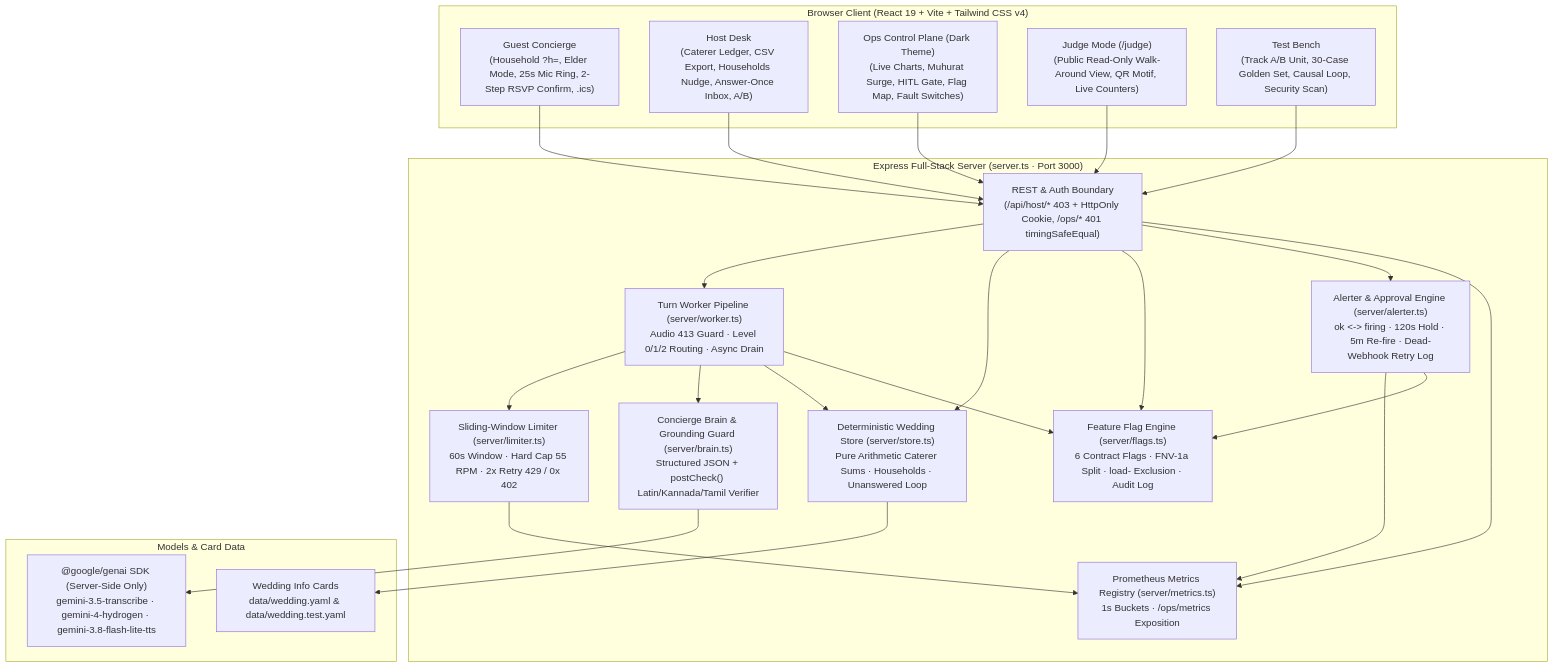
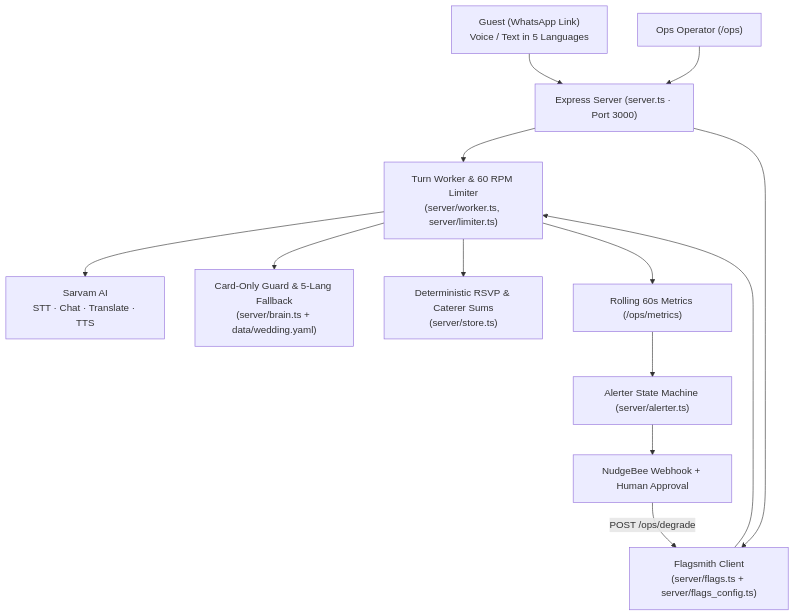
Before and after one commit to Nagaraj1399/HaanJi: the diagram in README.md, drawn with Mermaid. The commit also changed other lines of this file and 50 other files, not shown here.

````diff
--- a/README.md
+++ b/README.md
@@ -36,34 +31,18 @@
 ```mermaid
 flowchart TB
-    subgraph Browser["Browser Client (React 19 + Vite + Tailwind CSS v4)"]
-        GC["Guest Concierge<br/>(Household ?h=, Elder Mode, 25s Mic Ring, 2-Step RSVP Confirm, .ics)"]
-        HD["Host Desk<br/>(Caterer Ledger, CSV Export, Households Nudge, Answer-Once Inbox, A/B)"]
-        OC["Ops Control Plane (Dark Theme)<br/>(Live Charts, Muhurat Surge, HITL Gate, Flag Map, Fault Switches)"]
-        JM["Judge Mode (/judge)<br/>(Public Read-Only Walk-Around View, QR Motif, Live Counters)"]
-        TW["Test Bench<br/>(Track A/B Unit, 30-Case Golden Set, Causal Loop, Security Scan)"]
-    end
+    Guest["Guest (WhatsApp Link)<br/>Voice / Text in 5 Languages"] --> API["Express Server (server.ts · Port 3000)"]
+    Ops["Ops Operator (/ops)"] --> API
 
-    subgraph Server["Express Full-Stack Server (server.ts · Port 3000)"]
-        API["REST & Auth Boundary<br/>(/api/host/* 403 + HttpOnly Cookie, /ops/* 401 timingSafeEqual)"]
-        WRK["Turn Worker Pipeline (server/worker.ts)<br/>Audio 413 Guard · Level 0/1/2 Routing · Async Drain"]
-        BRN["Concierge Brain & Grounding Guard (server/brain.ts)<br/>Structured JSON + postCheck() Latin/Kannada/Tamil Verifier"]
-        STR["Deterministic Wedding Store (server/store.ts)<br/>Pure Arithmetic Caterer Sums · Households · Unanswered Loop"]
-        FLG["Feature Flag Engine (server/flags.ts)<br/>6 Contract Flags · FNV-1a Split · load- Exclusion · Audit Log"]
-        LIM["Sliding-Window Limiter (server/limiter.ts)<br/>60s Window · Hard Cap 55 RPM · 2x Retry 429 / 0x 402"]
-        ALR["Alerter & Approval Engine (server/alerter.ts)<br/>ok <-> firing · 120s Hold · 5m Re-fire · Dead-Webhook Retry Log"]
-        MET["Prometheus Metrics Registry (server/metrics.ts)<br/>1s Buckets · /ops/metrics Exposition"]
-    end
+    API --> Worker["Turn Worker & 60 RPM Limiter<br/>(server/worker.ts, server/limiter.ts)"]
+    Worker --> Sarvam["Sarvam AI<br/>STT · Chat · Translate · TTS"]
+    Worker --> Ground["Card-Only Guard & 5-Lang Fallback<br/>(server/brain.ts + data/wedding.yaml)"]
+    Worker --> Store["Deterministic RSVP & Caterer Sums<br/>(server/store.ts)"]
 
-    subgraph External["Models & Card Data"]
-        GAI["@google/genai SDK (Server-Side Only)<br/>gemini-3.5-transcribe · gemini-4-hydrogen · gemini-3.8-flash-lite-tts"]
-        YML["Wedding Info Cards<br/>data/wedding.yaml & data/wedding.test.yaml"]
-    end
+    API --> Flagsmith["Flagsmith Client<br/>(server/flags.ts + server/flags_config.ts)"]
+    Flagsmith --> Worker
 
-    GC & HD & OC & JM & TW --> API
-    API --> WRK & STR & FLG & ALR & MET
-    WRK --> LIM & BRN & STR & FLG
-    BRN --> GAI
-    LIM --> MET
-    ALR --> MET & FLG
-    STR --> YML
+    Worker --> Metrics["Rolling 60s Metrics (/ops/metrics)"]
+    Metrics --> Alerter["Alerter State Machine (server/alerter.ts)"]
+    Alerter --> NudgeBee["NudgeBee Webhook + Human Approval"]
+    NudgeBee -- "POST /ops/degrade" --> Flagsmith
 ```
````
